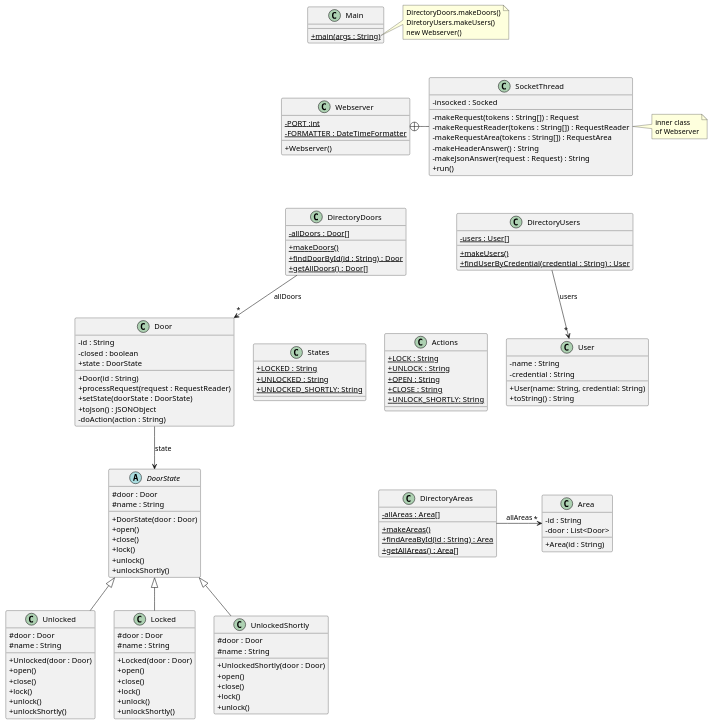
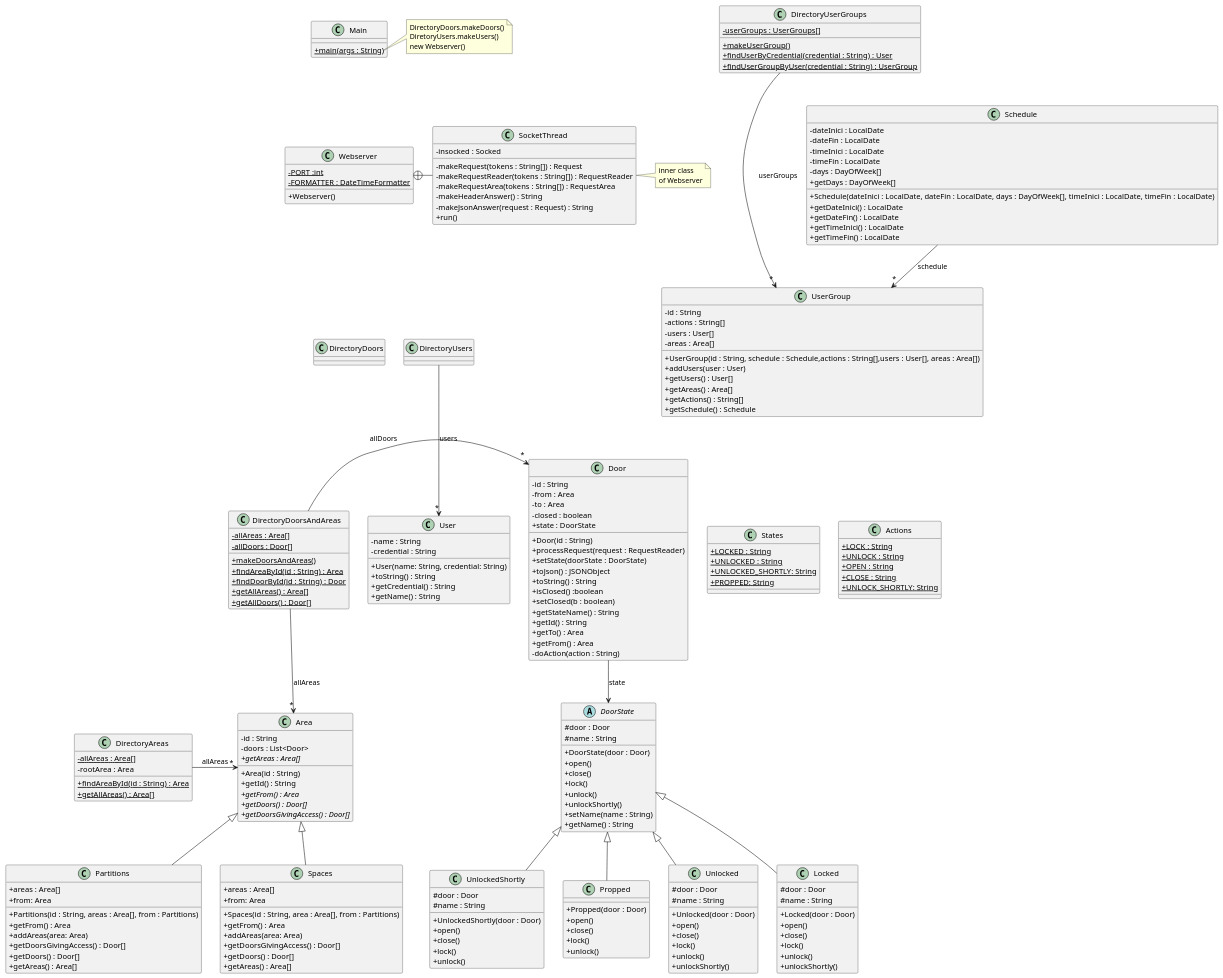
One commit to MC4MP02/ACS changed the diagram in src/baseNoStates/uml/base_no_states.puml. Above: the diagram before and after it, drawn with PlantUML. The commit also changed 13 other files, not shown here.

```diff
--- a/src/baseNoStates/uml/base_no_states.puml
+++ b/src/baseNoStates/uml/base_no_states.puml
@@ -25,35 +25,47 @@
 of Webserver
 end note
 
-class DirectoryDoors {
-- {static} allDoors : Door[]
-+ {static} makeDoors()
-+ {static} findDoorById(id : String) : Door
-+ {static} getAllDoors() : Door[]
+class DirectoryUserGroups {
+- {static} userGroups : UserGroups[]
++ {static} makeUserGroup()
++ {static} findUserByCredential(credential : String) : User
++ {static} findUserGroupByUser(credential : String) : UserGroup
 }
 
-DirectoryDoors --> "*" Door : "allDoors"
+class UserGroup {
+- id : String
+- actions : String[]
+- users : User[]
+- areas : Area[]
++ UserGroup(id : String, schedule : Schedule,actions : String[],users : User[], areas : Area[])
++ addUsers(user : User)
++ getUsers() : User[]
++ getAreas() : Area[]
++ getActions() : String[]
++ getSchedule() : Schedule
 
-class DirectoryUsers {
-- {static} users : User[]
-+ {static} makeUsers()
-+ {static} findUserByCredential(credential : String) : User
 }
-
+DirectoryUserGroups --> "*" UserGroup : "userGroups"
 DirectoryUsers --> "*" User : "users"
+Schedule --> "*" UserGroup : schedule
 
 class Door {
 - id : String
+- from : Area
+- to : Area
 - closed : boolean
 + state : DoorState
 + Door(id : String)
 + processRequest(request : RequestReader)
 + setState(doorState : DoorState)
 + toJson() : JSONObject
-'+ toString() : String
-'+ isClosed() :boolean
-'+ setClosed(b : boolean)
-'+ getStateName() : String
++ toString() : String
++ isClosed() :boolean
++ setClosed(b : boolean)
++ getStateName() : String
++ getId() : String
++ getTo() : Area
++ getFrom() : Area
 - doAction(action : String)
 }
 
@@ -66,8 +78,8 @@
 + lock()
 + unlock()
 + unlockShortly()
-'+ setName(name : String)
-'+ getName() : String
++ setName(name : String)
++ getName() : String
 }
 
 class Unlocked extends DoorState {
@@ -106,6 +118,7 @@
 + {static} LOCKED : String
 + {static} UNLOCKED : String
 + {static} UNLOCKED_SHORTLY: String
++ {static} PROPPED: String
 }
 
 class Actions {
@@ -121,26 +134,86 @@
 - credential : String
 + User(name: String, credential: String)
 + toString() : String
++ getCredential() : String
++ getName() : String
 }
 
 
 class Area {
 - id : String
-- door : List<Door>
+- doors : List<Door>
 + Area(id : String)
-'+ getId() : String
++ getId() : String
++ {abstract} getFrom() : Area
++ {abstract} getDoors() : Door[]
++ {abstract} getDoorsGivingAccess() : Door[]
++ {abstract} getAreas : Area[]
 }
 
+class Partitions extends Area {
++ areas : Area[]
++ from: Area
++ Partitions(id : String, areas : Area[], from : Partitions)
++ getFrom() : Area
++ addAreas(area: Area)
++ getDoorsGivingAccess() : Door[]
++ getDoors() : Door[]
++ getAreas() : Area[]
+}
 
+class Propped extends DoorState {
++ Propped(door : Door)
++ open()
++ close()
++ lock()
++ unlock()
+}
+
+class Schedule {
+- dateInici : LocalDate
+- dateFin : LocalDate
+- timeInici : LocalDate
+- timeFin : LocalDate
+- days : DayOfWeek[]
++ Schedule(dateInici : LocalDate, dateFin : LocalDate, days : DayOfWeek[], timeInici : LocalDate, timeFin : LocalDate)
++ getDateInici() : LocalDate
++ getDateFin() : LocalDate
++ getTimeInici() : LocalDate
++ getTimeFin() : LocalDate
++ getDays : DayOfWeek[]
+}
+
+class Spaces extends Area {
++ areas : Area[]
++ from: Area
++ Spaces(id : String, area : Area[], from : Partitions)
++  getFrom() : Area
++ addAreas(area: Area)
++ getDoorsGivingAccess() : Door[]
++ getDoors() : Door[]
++ getAreas() : Area[]
+}
 
 class DirectoryAreas {
 - {static} allAreas : Area[]
-+ {static} makeAreas()
+- rootArea : Area
 + {static} findAreaById(id : String) : Area
 + {static} getAllAreas() : Area[]
 }
 
 DirectoryAreas --> "*" Area : "allAreas"
+
+class DirectoryDoorsAndAreas {
+- {static} allAreas : Area[]
+- {static} allDoors : Door[]
++ {static} makeDoorsAndAreas()
++ {static} findAreaById(id : String) : Area
++ {static} findDoorById(id : String) : Door
++ {static} getAllAreas() : Area[]
++ {static} getAllDoors() : Door[]
+}
+DirectoryDoorsAndAreas --> "*" Area : "allAreas"
+DirectoryDoorsAndAreas --> "*" Door : "allDoors"
 
 
 class Main {
@@ -153,6 +226,8 @@
 new Webserver()
 end note
 
+DirectoryUserGroups -[hidden]down- Schedule
+DirectoryDoorsAndAreas -[hidden]left- Door
 DirectoryAreas -[hidden]right- Area
 Area -[hidden]up- User
 Main -[hidden]down- Webserver
```
